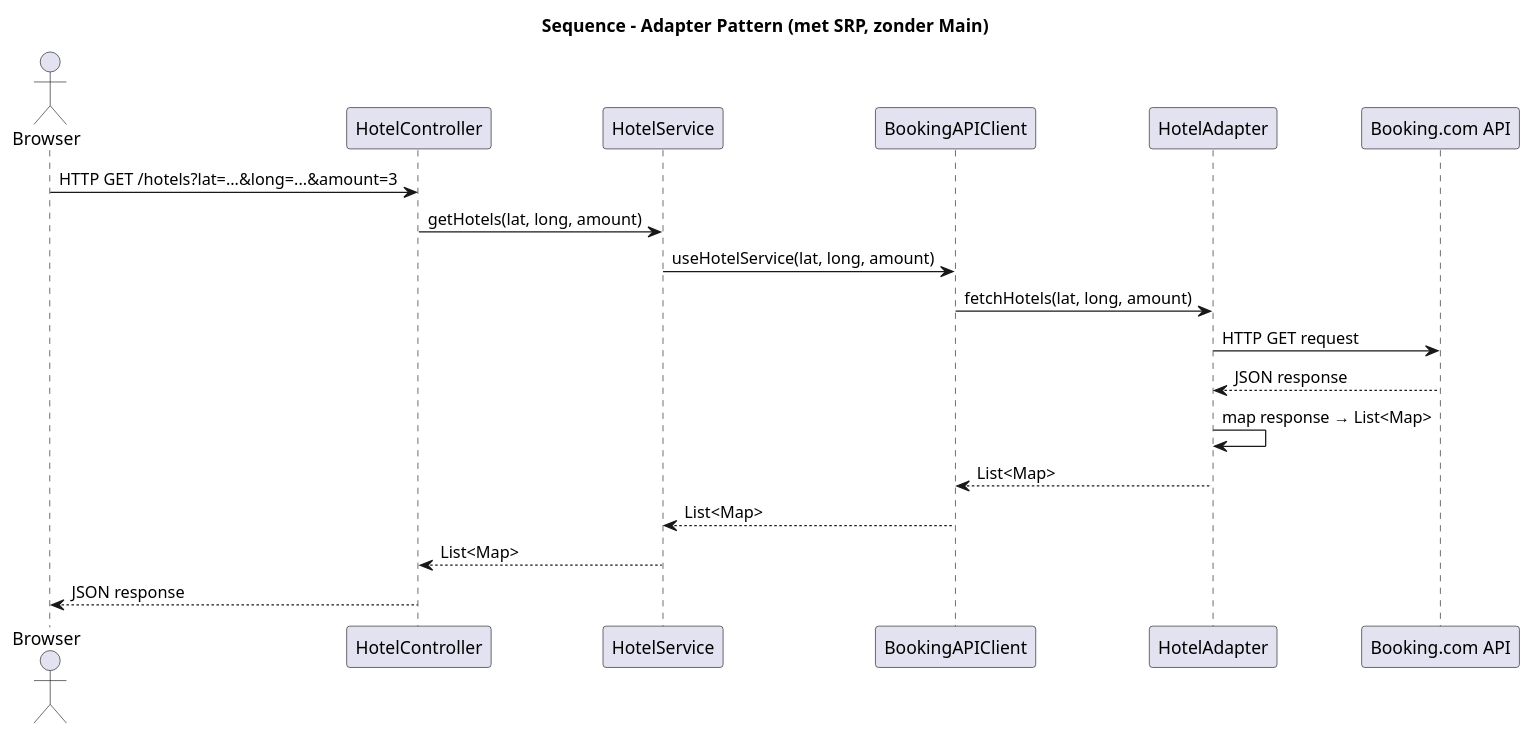
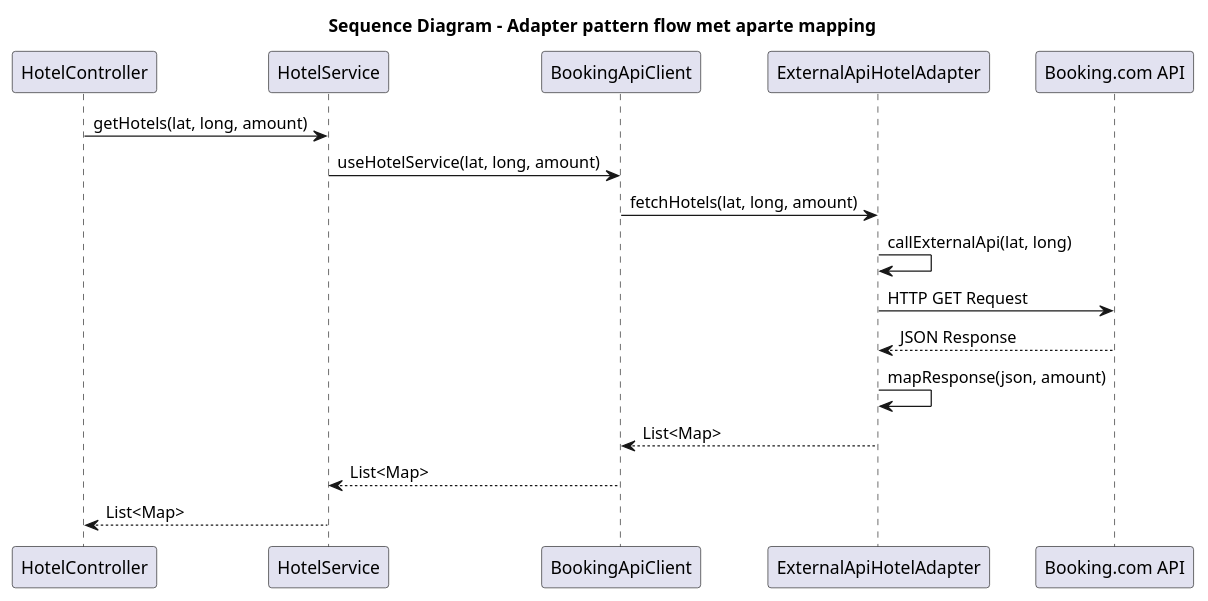
Before and after one commit to AIM-ENE-feb25/triptop-groep-3: the diagram in opdracht-diagrammen/Ontwerpvraag/C4 OntwerpVraag Tren/C4SequenceDiagramOntwerpVraagTren.puml, drawn with PlantUML. The commit also changed 6 other files, not shown here.

Commit message:
prototype aangeapst, verbeterd. class en sequence veranderd, sgb h6 update

```diff
--- a/opdracht-diagrammen/Ontwerpvraag/C4 OntwerpVraag Tren/C4SequenceDiagramOntwerpVraagTren.puml
+++ b/opdracht-diagrammen/Ontwerpvraag/C4 OntwerpVraag Tren/C4SequenceDiagramOntwerpVraagTren.puml
@@ -1,22 +1,21 @@
 @startuml
-title Sequence – Adapter Pattern (met SRP, zonder Main)
+title Sequence Diagram – Adapter pattern flow met aparte mapping
 
-actor Browser
-participant HotelController
-participant HotelService
-participant BookingAPIClient
-participant HotelAdapter
-participant "Booking.com API"
+participant "HotelController" as Controller
+participant "HotelService" as Service
+participant "BookingApiClient" as Client
+participant "ExternalApiHotelAdapter" as Adapter
+participant "Booking.com API" as API
 
-Browser -> HotelController : HTTP GET /hotels?lat=...&long=...&amount=3
-HotelController -> HotelService : getHotels(lat, long, amount)
-HotelService -> BookingAPIClient : useHotelService(lat, long, amount)
-BookingAPIClient -> HotelAdapter : fetchHotels(lat, long, amount)
-HotelAdapter -> "Booking.com API" : HTTP GET request
-"Booking.com API" --> HotelAdapter : JSON response
-HotelAdapter -> HotelAdapter : map response → List<Map>
-HotelAdapter --> BookingAPIClient : List<Map>
-BookingAPIClient --> HotelService : List<Map>
-HotelService --> HotelController : List<Map>
-HotelController --> Browser : JSON response
+Controller -> Service : getHotels(lat, long, amount)
+Service -> Client : useHotelService(lat, long, amount)
+Client -> Adapter : fetchHotels(lat, long, amount)
+Adapter -> Adapter : callExternalApi(lat, long)
+Adapter -> API : HTTP GET Request
+API --> Adapter : JSON Response
+Adapter -> Adapter : mapResponse(json, amount)
+Adapter --> Client : List<Map>
+Client --> Service : List<Map>
+Service --> Controller : List<Map>
+
 @enduml
```
